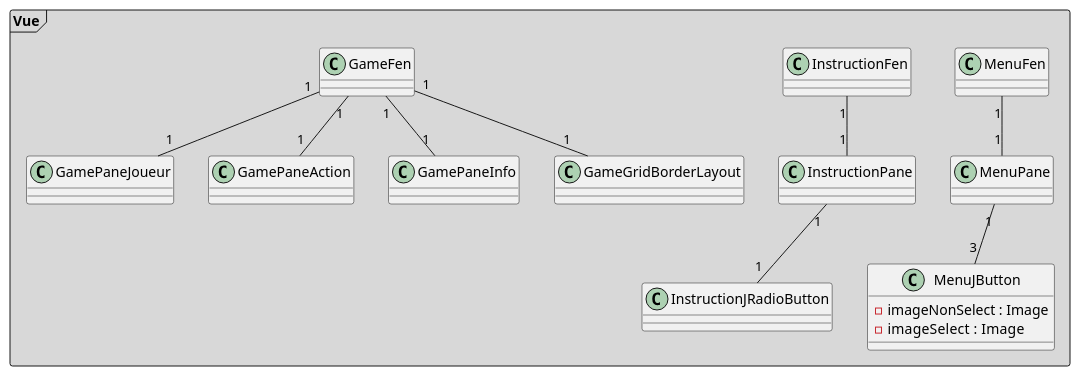
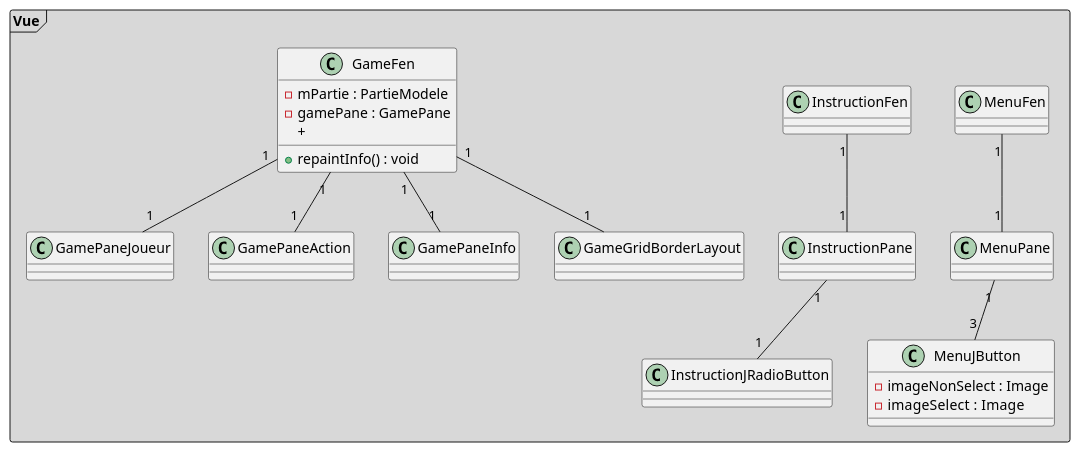
The diagram in UML/Vue.puml (Erathriel/Projet_LO43), drawn with PlantUML before and after one commit. The commit also changed 1 other file, not shown here.

```diff
--- a/UML/Vue.puml
+++ b/UML/Vue.puml
@@ -1,28 +1,33 @@
 @startuml
 
 Package "Vue" <<Frame>> #D8D8D8 {
     class MenuFen
     class MenuPane
     class MenuJButton{
       - imageNonSelect : Image
       - imageSelect  : Image
     }
     class InstructionFen
     class InstructionPane
     class InstructionJRadioButton
-    class GameFen
+    class GameFen{
+      - mPartie : PartieModele
+      - gamePane : GamePane
+      + repaintInfo() : void
+      +
+    }
     class GamePaneJoueur
     class GamePaneAction
     class GamePaneInfo
     class GameGridBorderLayout
 }
 MenuFen "1" -- "1" MenuPane
 MenuPane "1" -- "3" MenuJButton
 InstructionFen "1" -- "1" InstructionPane
 InstructionPane "1" -- "1" InstructionJRadioButton
 GameFen "1" -- "1" GamePaneJoueur
 GameFen "1" -- "1" GamePaneAction
 GameFen "1" -- "1" GamePaneInfo
 GameFen "1" -- "1" GameGridBorderLayout
 
 @enduml
```
